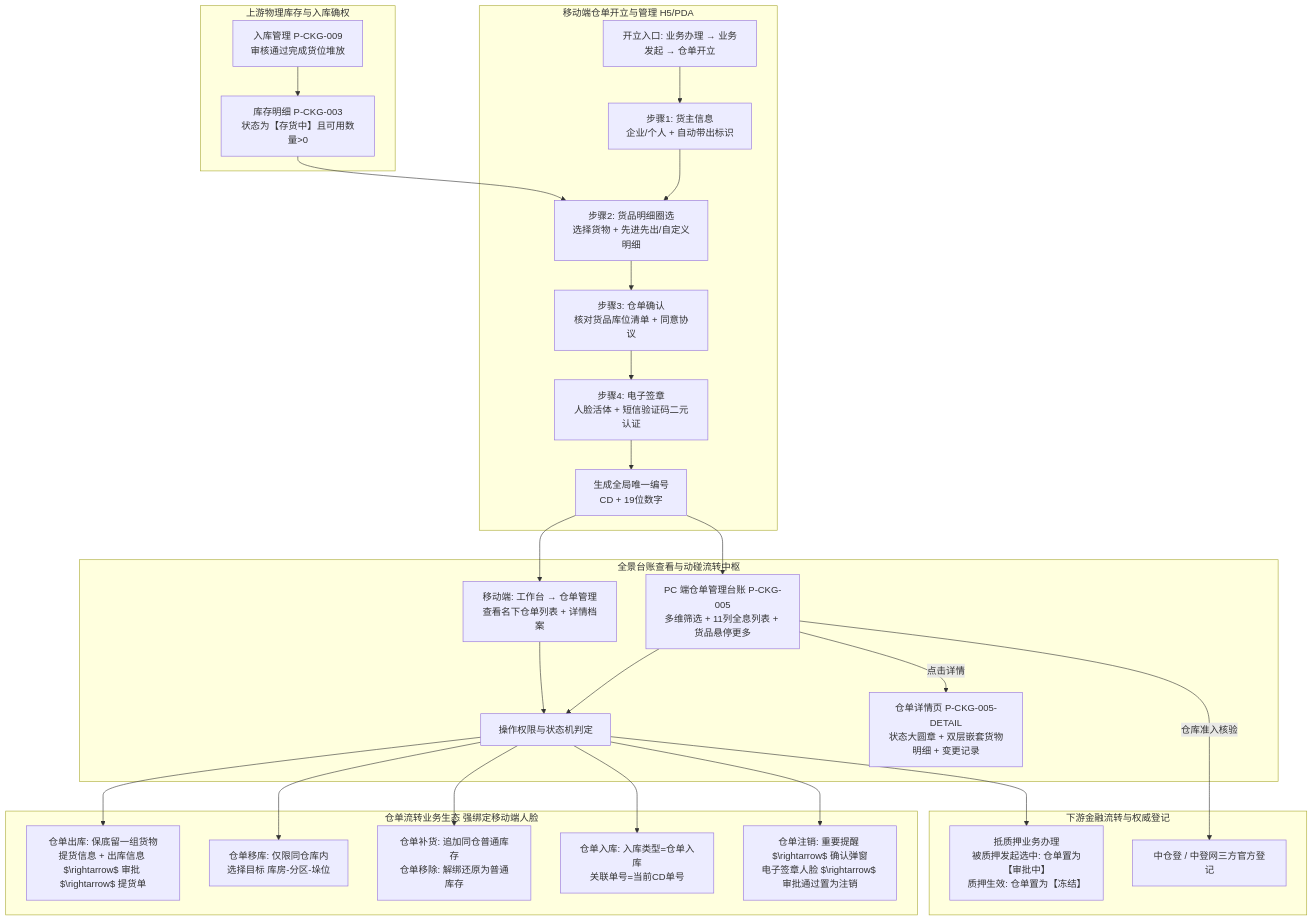
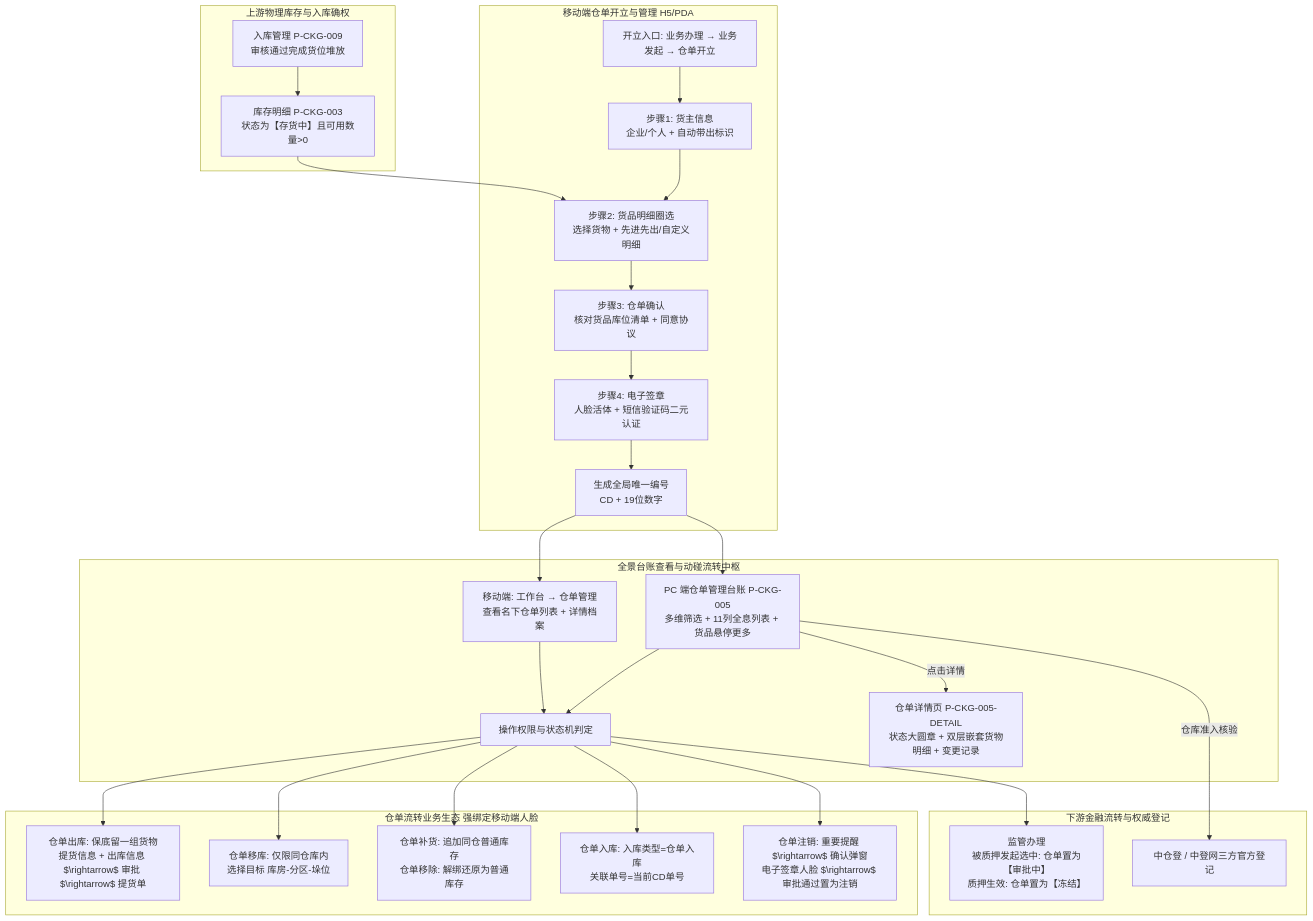
The diagram in 02-PRD文档/🌟🌟🌟-最新基准版/B端PC/02-仓储/05-仓单管理/仓单管理主PRD.md (RobertHuang999/SYZC), drawn with Mermaid before and after one commit. The commit also changed 114 other files, not shown here.

````diff
--- a/02-PRD文档/🌟🌟🌟-最新基准版/B端PC/02-仓储/05-仓单管理/仓单管理主PRD.md
+++ b/02-PRD文档/🌟🌟🌟-最新基准版/B端PC/02-仓储/05-仓单管理/仓单管理主PRD.md
@@ -38,46 +38,46 @@
 ```mermaid
 flowchart TD
     subgraph S1[上游物理库存与入库确权]
         A1[入库管理 P-CKG-009<br/>审核通过完成货位堆放] --> A2[库存明细 P-CKG-003<br/>状态为【存货中】且可用数量>0]
     end
 
     subgraph S2[移动端仓单开立与管理 H5/PDA]
         B0[开立入口: 业务办理 → 业务发起 → 仓单开立] --> B1[步骤1: 货主信息<br/>企业/个人 + 自动带出标识]
         B1 --> B2[步骤2: 货品明细圈选<br/>选择货物 + 先进先出/自定义明细]
         B2 --> B3[步骤3: 仓单确认<br/>核对货品库位清单 + 同意协议]
         B3 --> B4[步骤4: 电子签章<br/>人脸活体 + 短信验证码二元认证]
         B4 --> B5[生成全局唯一编号<br/>CD + 19位数字]
     end
 
     subgraph S3[全景台账查看与动碰流转中枢]
         C1[PC 端仓单管理台账 P-CKG-005<br/>多维筛选 + 11列全息列表 + 货品悬停更多]
         M1[移动端: 工作台 → 仓单管理<br/>查看名下仓单列表 + 详情档案]
         C2[操作权限与状态机判定]
         C3[仓单详情页 P-CKG-005-DETAIL<br/>状态大圆章 + 双层嵌套货物明细 + 变更记录]
         
         B5 --> C1 & M1
         C1 --> C2
         C1 -->|点击详情| C3
         M1 --> C2
     end
 
     subgraph S4[仓单流转业务生态 强绑定移动端人脸]
         D1[仓单出库: 保底留一组货物<br/>提货信息 + 出库信息 $\rightarrow$ 审批 $\rightarrow$ 提货单]
         D2[仓单移库: 仅限同仓库内<br/>选择目标 库房-分区-垛位]
         D3[仓单补货: 追加同仓普通库存<br/>仓单移除: 解绑还原为普通库存]
         D4[仓单入库: 入库类型=仓单入库<br/>关联单号=当前CD单号]
         D5[仓单注销: 重要提醒 $\rightarrow$ 确认弹窗<br/>电子签章人脸 $\rightarrow$ 审批通过置为注销]
         
         C2 --> D1 & D2 & D3 & D4 & D5
     end
 
     subgraph S5[下游金融流转与权威登记]
-        E1[抵质押业务办理<br/>被质押发起选中: 仓单置为【审批中】<br/>质押生效: 仓单置为【冻结】]
+        E1[监管办理<br/>被质押发起选中: 仓单置为【审批中】<br/>质押生效: 仓单置为【冻结】]
         E2[中仓登 / 中登网三方官方登记]
         
         C2 --> E1
         C1 -->|仓库准入核验| E2
     end
 
     A2 --> B2
 ```
````
